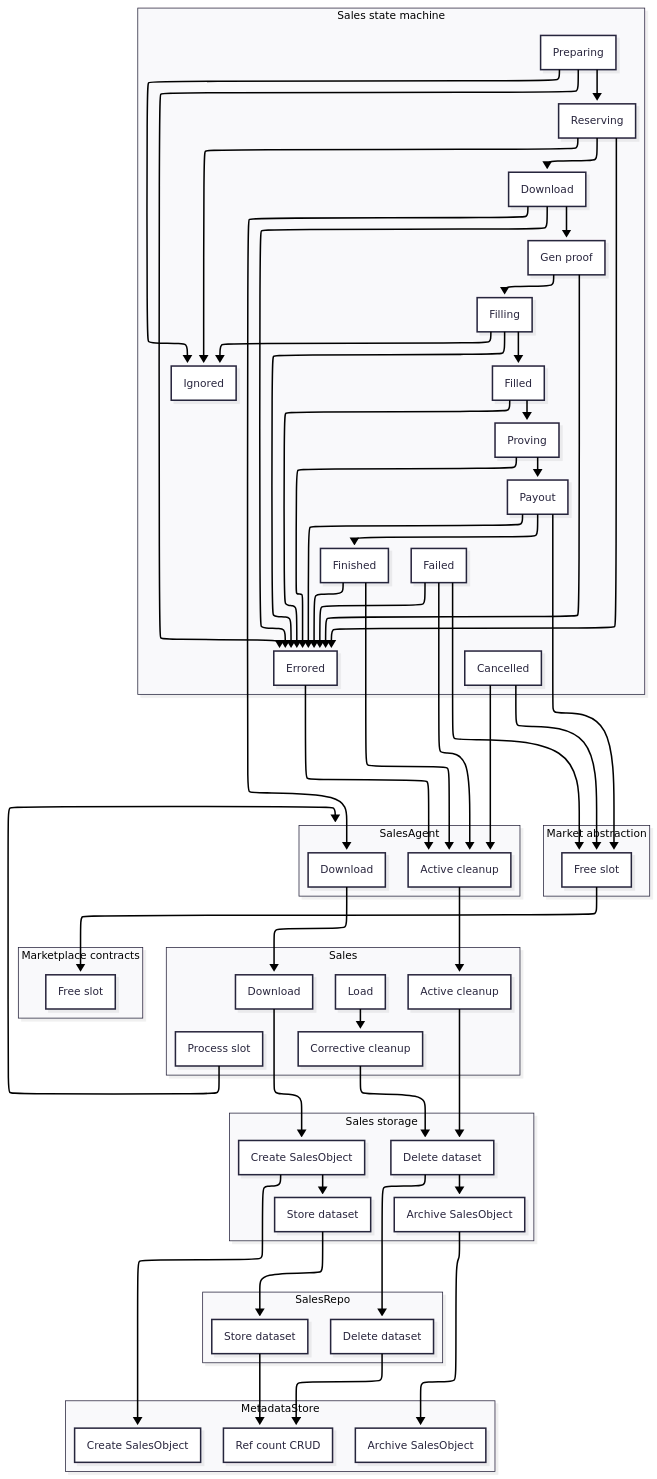
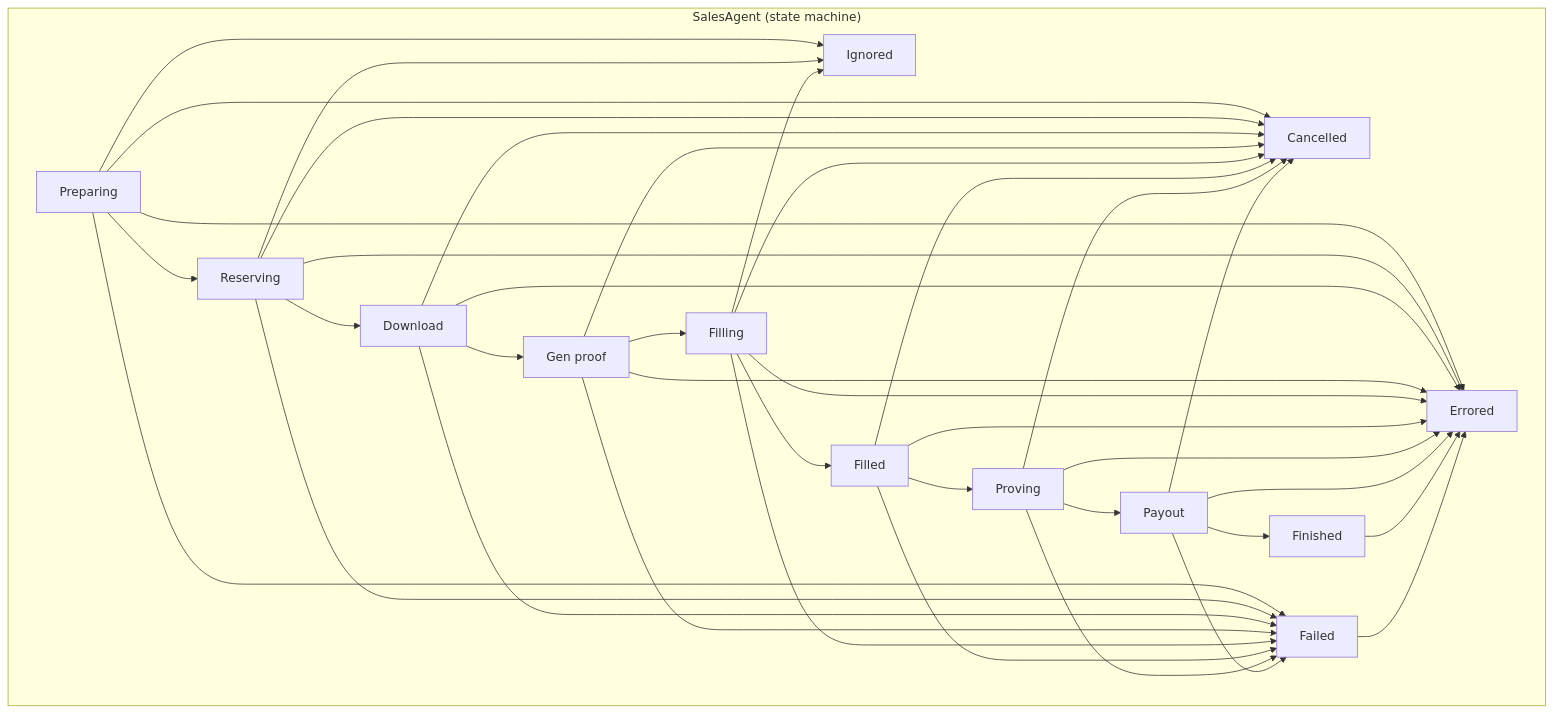
Before and after one commit to logos-storage/logos-storage-research: the third of 19 diagrams in design/sales2.md, drawn with Mermaid. The commit also changed other lines of this file, not shown here.

````diff
--- a/design/sales2.md
+++ b/design/sales2.md
@@ -43,34 +63,10 @@
 ```mermaid
 ---
-config:
-  theme: redux
-  look: neo
-  layout: elk
+config
+layout elk
 ---
 flowchart TB
- subgraph sales["Sales"]
-        salesLoad["Load"]
-        salesProcessSlot["Process slot"]
-        salesActiveCleanup["Active cleanup"]
-        salesPassiveCleanup["Corrective cleanup"]
-        salesDownload["Download"]
-        salesLoad --> salesPassiveCleanup
-  end
- subgraph storage["Sales storage"]
-        storageDelete["Delete dataset"]
-        storageStore["Store dataset"]
-        storageCreateSalesObj["Create SalesObject"]
-        storageArchiveSalesObj["Archive SalesObject"]
-        storageCreateSalesObj --> storageStore
-        storageDelete --> storageArchiveSalesObj
-  end
-
-subgraph metaData["MetadataStore"]
-    metaCreateSalesObj["Create SalesObject"]
-    metaArchiveSalesObj["Archive SalesObject"]
-    metaRefCountCrud["Ref count CRUD"]
-  end
- subgraph fsm["Sales state machine"]
+  subgraph fsm["SalesAgent (state machine)"]
         preparing["Preparing"]
         reserving["Reserving"]
         download["Download"]
@@ -87,70 +83,39 @@
     preparing --> reserving
     preparing --> ignored
     preparing --> errored
+    preparing --> cancelled
+    preparing --> failed
     reserving --> download
     reserving --> ignored
     reserving --> errored
+    reserving --> cancelled
+    reserving --> failed
     download --> initialProving
     download --> errored
+    download --> cancelled
+    download --> failed
     initialProving --> filling
     initialProving --> errored
+    initialProving --> cancelled
+    initialProving --> failed
     filling --> filled
     filling --> ignored
     filling --> errored
+    filling --> cancelled
+    filling --> failed
     filled --> proving
     filled --> errored
+    filled --> cancelled
+    filled --> failed
     proving --> payout
     proving --> errored
+    proving --> cancelled
+    proving --> failed
     payout --> finished
     payout --> errored
+    payout --> cancelled
+    payout --> failed
     finished --> errored
     failed --> errored
   end
- subgraph contracts["Marketplace contracts"]
-        contractsFreeSlot["Free slot"]
-  end
- subgraph market["Market abstraction"]
-        marketFreeSlot["Free slot"]
-  end
- subgraph salesRepo["SalesRepo"]
-        salesRepoStore["Store dataset"]
-        salesRepoDelete["Delete dataset"]
-  end
- subgraph salesAgent["SalesAgent"]
-        agentCleanUp["Active cleanup"]
-        agentDownload["Download"]
-  end
-
-
-    storageDelete --> salesRepoDelete
-    salesActiveCleanup --> storageDelete
-    salesPassiveCleanup --> storageDelete
-
-    storageStore --> salesRepoStore
-    download --> agentDownload
-    agentCleanUp --> salesActiveCleanup
-    agentDownload --> salesDownload
-    salesDownload --> storageCreateSalesObj
-
-    salesRepoStore --> metaRefCountCrud
-    salesRepoDelete --> metaRefCountCrud
-
-    storageCreateSalesObj --> metaCreateSalesObj
-
-    storageArchiveSalesObj --> metaArchiveSalesObj
-
-    salesProcessSlot --> salesAgent
-    %% salesAgent <--> fsm
-
-    cancelled --> agentCleanUp
-    failed --> agentCleanUp
-    finished --> agentCleanUp
-    errored --> agentCleanUp
-
-    marketFreeSlot --> contractsFreeSlot
-
-    payout --> marketFreeSlot
-    failed --> marketFreeSlot
-    cancelled --> marketFreeSlot
-
 ```
````
